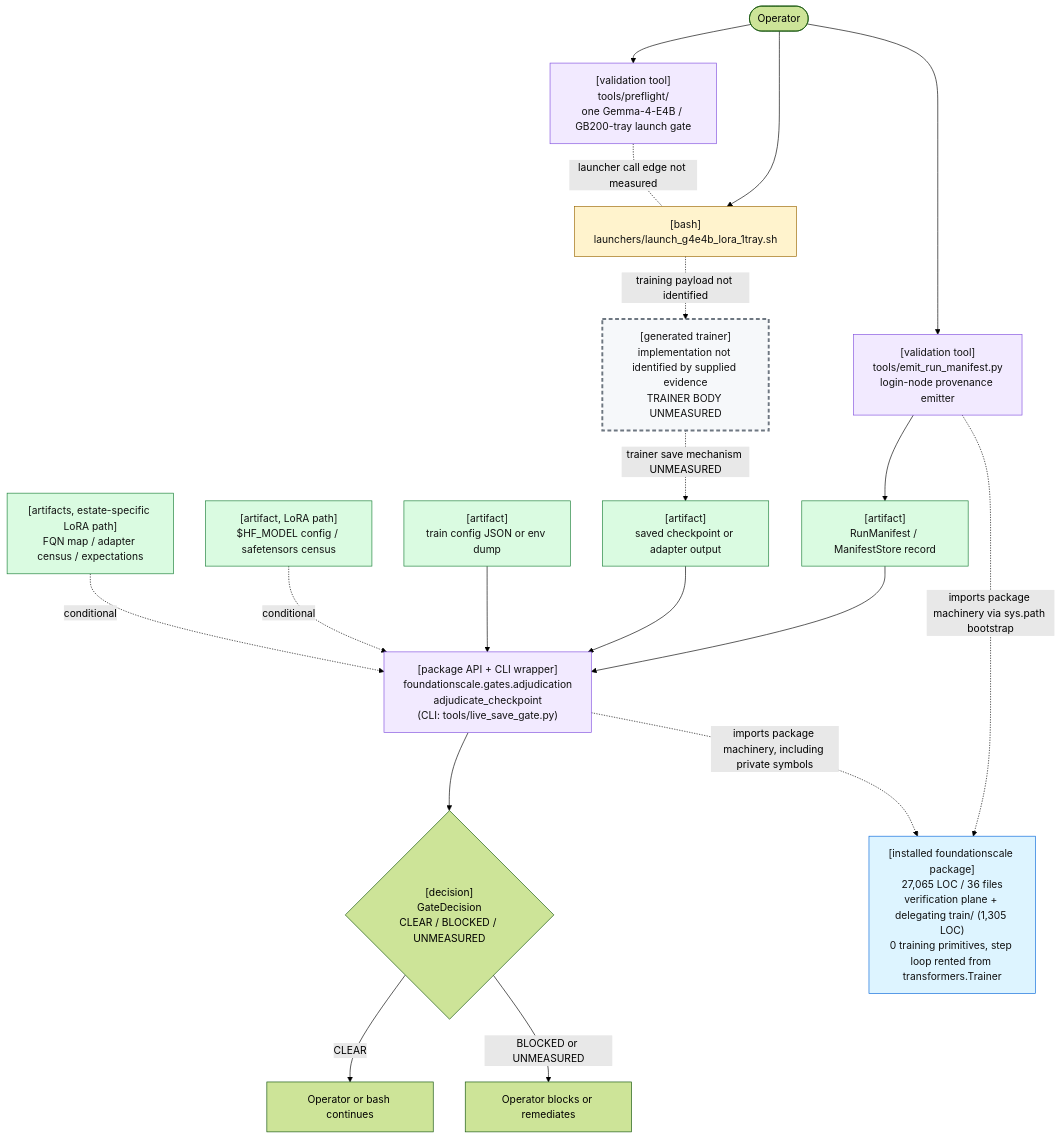
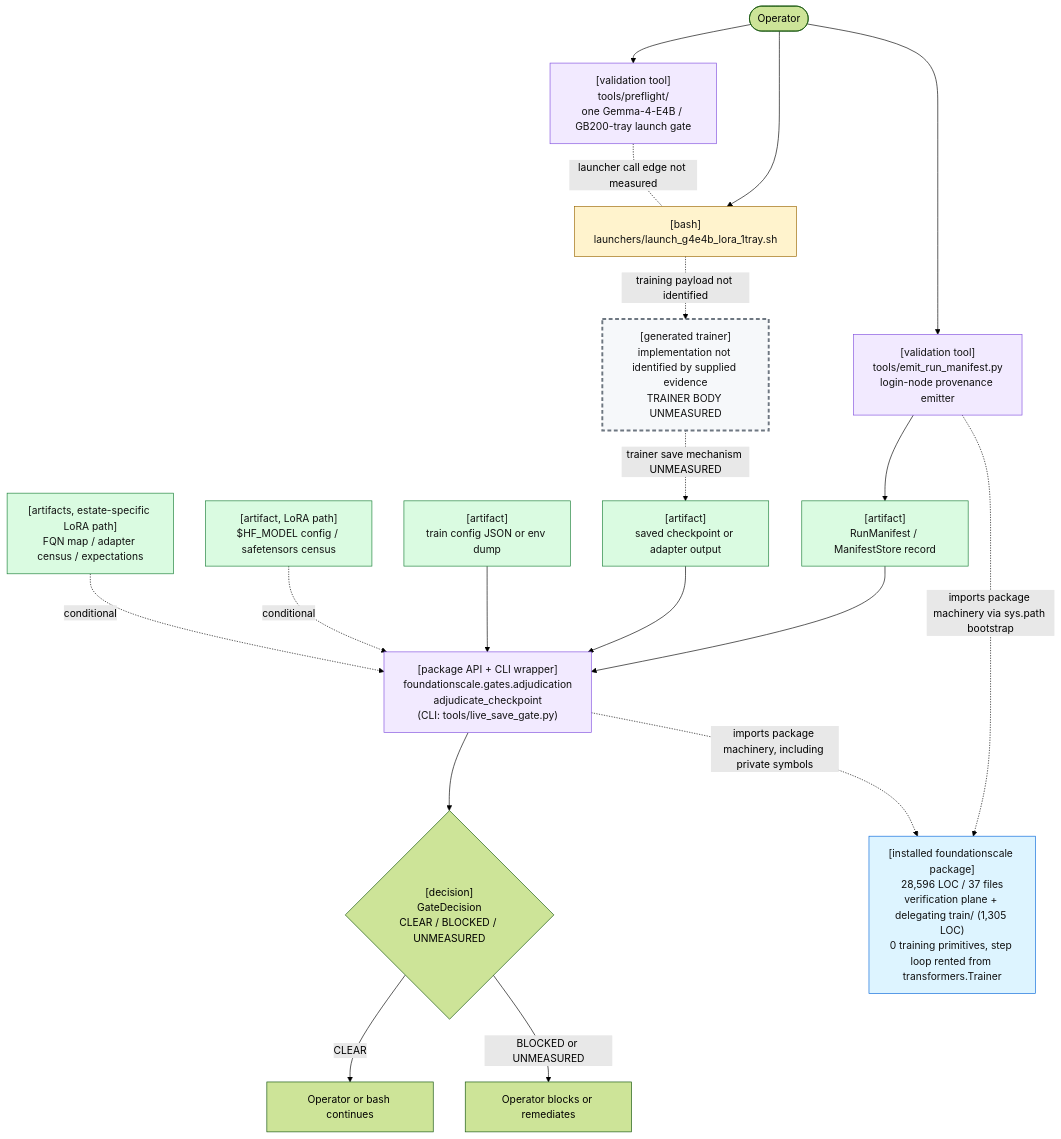
The first of 2 diagrams in docs/review/D2_current_architecture.md (TranNhiem/FoundationScale), drawn with Mermaid (forest theme) before and after one commit. The commit also changed other lines of this file and 19 other files, not shown here.

````diff
--- a/docs/review/D2_current_architecture.md
+++ b/docs/review/D2_current_architecture.md
@@ -25,59 +25,59 @@
 ```mermaid
 flowchart TB
   O(["Operator"])
 
   PF["[validation tool]<br/>tools/preflight/<br/>one Gemma-4-E4B / GB200-tray launch gate"]
   L["[bash]<br/>launchers/launch_g4e4b_lora_1tray.sh"]
 
   E["[validation tool]<br/>tools/emit_run_manifest.py<br/>login-node provenance emitter"]
   M["[artifact]<br/>RunManifest / ManifestStore record"]
 
   T["[generated trainer]<br/>implementation not identified by supplied evidence<br/>TRAINER BODY UNMEASURED"]
   C["[artifact]<br/>saved checkpoint or adapter output"]
 
   G["[package API + CLI wrapper]<br/>foundationscale.gates.adjudication<br/>adjudicate_checkpoint<br/>(CLI: tools/live_save_gate.py)"]
   CFG["[artifact]<br/>train config JSON or env dump"]
   BASE["[artifact, LoRA path]<br/>$HF_MODEL config / safetensors census"]
   CEN["[artifacts, estate-specific LoRA path]<br/>FQN map / adapter census / expectations"]
 
   D{"[decision]<br/>GateDecision<br/>CLEAR / BLOCKED / UNMEASURED"}
   OK["Operator or bash continues"]
   NO["Operator blocks or remediates"]
 
-  PKG["[installed foundationscale package]<br/>27,065 LOC / 36 files<br/>verification plane + delegating train/ (1,305 LOC)<br/>0 training primitives, step loop rented from transformers.Trainer"]
+  PKG["[installed foundationscale package]<br/>28,596 LOC / 37 files<br/>verification plane + delegating train/ (1,305 LOC)<br/>0 training primitives, step loop rented from transformers.Trainer"]
 
   O --> PF
   O --> L
   PF -. "launcher call edge not measured" .- L
 
   O --> E
   E --> M
 
   L -. "training payload not identified" .-> T
   T -. "trainer save mechanism UNMEASURED" .-> C
 
   M --> G
   C --> G
   CFG --> G
   BASE -. "conditional" .-> G
   CEN -. "conditional" .-> G
 
   E -. "imports package machinery via sys.path bootstrap" .-> PKG
   G -. "imports package machinery, including private symbols" .-> PKG
 
   G --> D
   D -->|"CLEAR"| OK
   D -->|"BLOCKED or UNMEASURED"| NO
 
   classDef bash fill:#fff3cd,stroke:#9a6700,color:#111;
   classDef tool fill:#f2eaff,stroke:#8250df,color:#111;
   classDef artifact fill:#dafbe1,stroke:#1a7f37,color:#111;
   classDef gap fill:#f6f8fa,stroke:#6e7781,stroke-width:3px,stroke-dasharray: 6 4,color:#111;
   classDef pkg fill:#ddf4ff,stroke:#0969da,color:#111;
 
   class L bash;
   class PF,E,G tool;
   class M,C,CFG,BASE,CEN artifact;
   class T gap;
   class PKG pkg;
 ```
````
